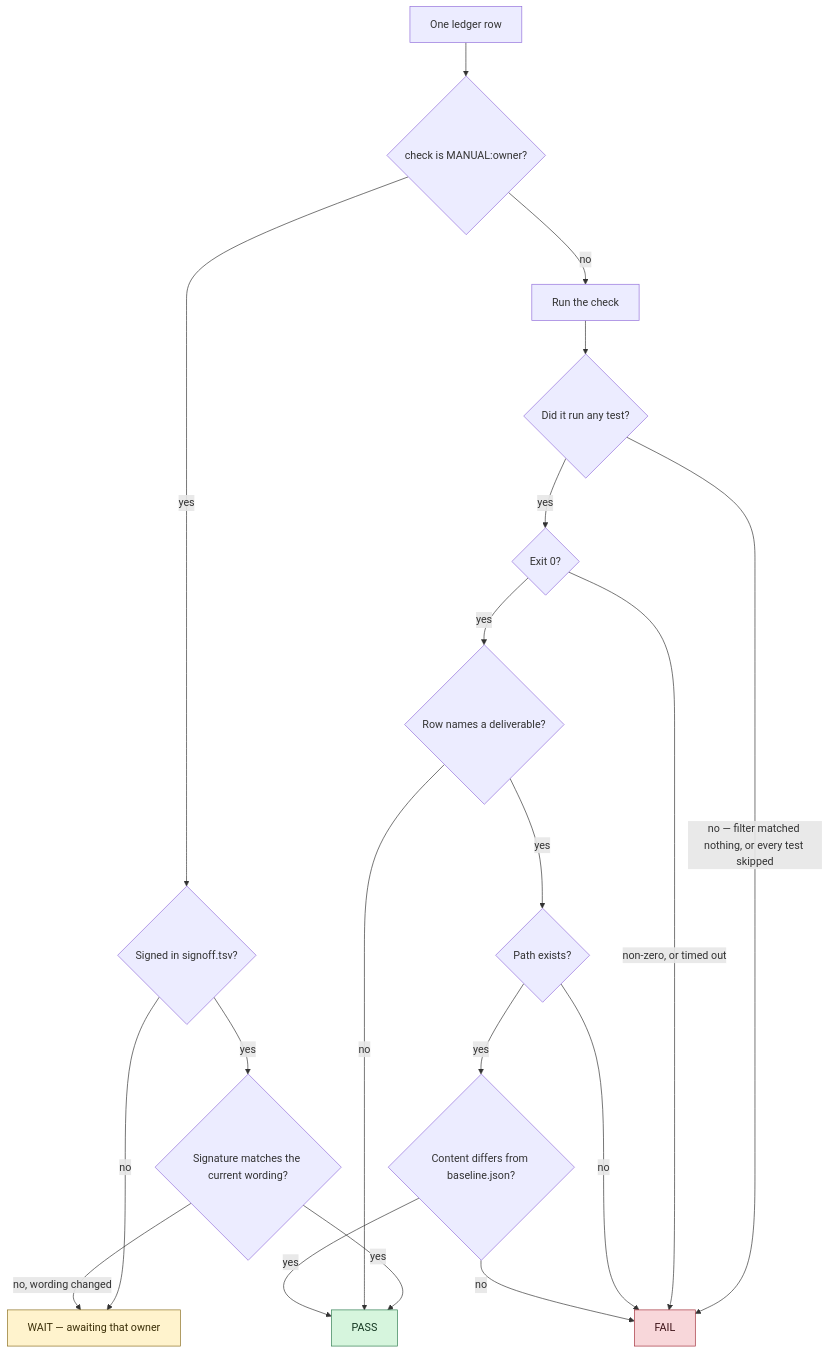
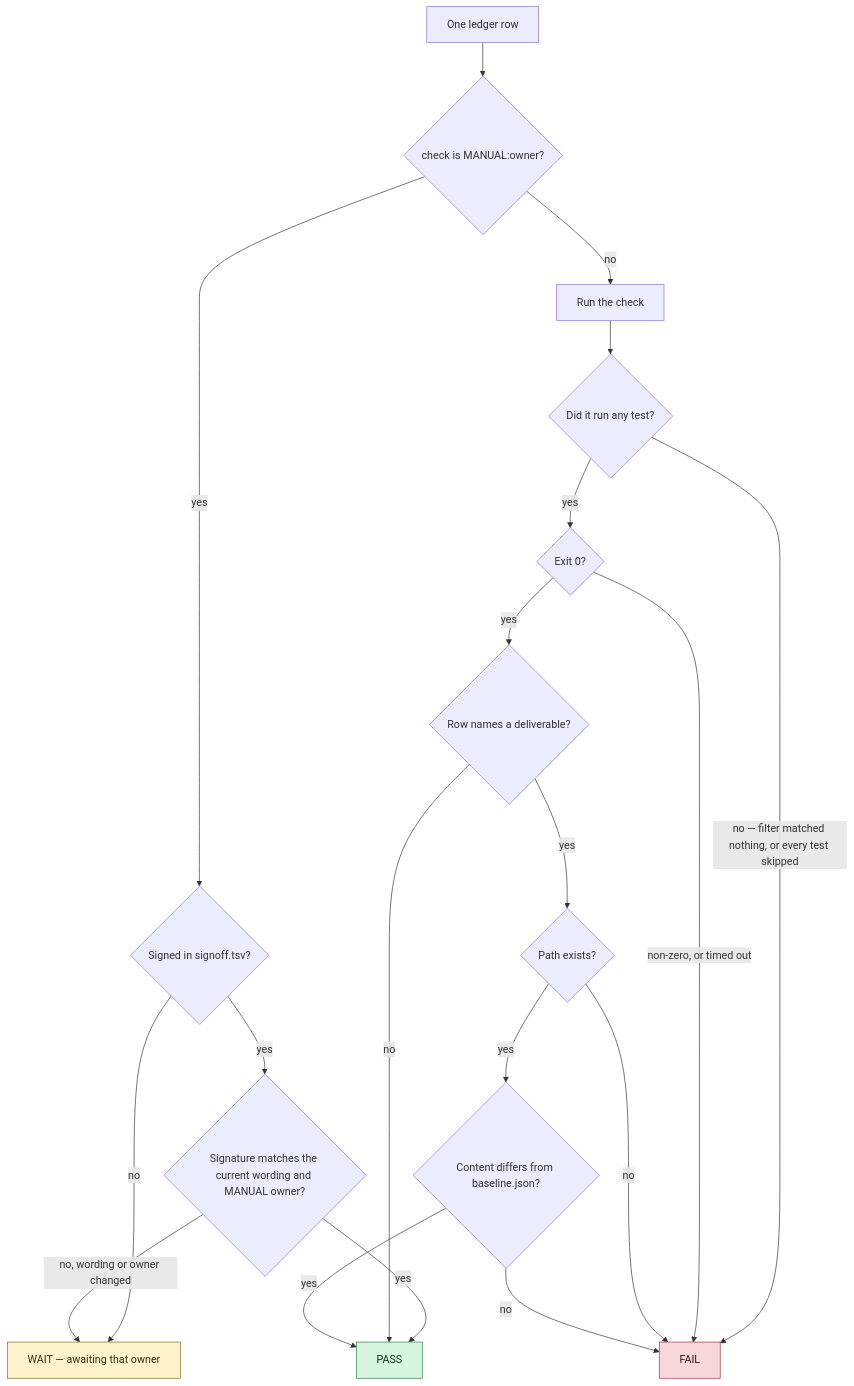
Before and after one commit to xtieume/testcase: the third of 4 diagrams in docs/how-it-works.md, drawn with Mermaid. The commit also changed other lines of this file and 24 other files, not shown here.

````diff
--- a/docs/how-it-works.md
+++ b/docs/how-it-works.md
@@ -102,43 +103,43 @@
 ```mermaid
 flowchart TD
     ROW["One ledger row"]
     KIND{"check is MANUAL:owner?"}
 
     SIG{"Signed in signoff.tsv?"}
-    HASH{"Signature matches the current wording?"}
+    HASH{"Signature matches the current wording and MANUAL owner?"}
     WAIT["WAIT — awaiting that owner"]
 
     RUN["Run the check"]
     RAN{"Did it run any test?"}
     CODE{"Exit 0?"}
     DELIV{"Row names a deliverable?"}
     EXISTS{"Path exists?"}
     SHIPPED{"Content differs from baseline.json?"}
 
     PASS["PASS"]
     FAIL["FAIL"]
 
     ROW --> KIND
     KIND -->|"yes"| SIG
     SIG -->|"no"| WAIT
     SIG -->|"yes"| HASH
-    HASH -->|"no, wording changed"| WAIT
+    HASH -->|"no, wording or owner changed"| WAIT
     HASH -->|"yes"| PASS
 
     KIND -->|"no"| RUN
     RUN --> RAN
     RAN -->|"no — filter matched nothing, or every test skipped"| FAIL
     RAN -->|"yes"| CODE
     CODE -->|"non-zero, or timed out"| FAIL
     CODE -->|"yes"| DELIV
     DELIV -->|"no"| PASS
     DELIV -->|"yes"| EXISTS
     EXISTS -->|"no"| FAIL
     EXISTS -->|"yes"| SHIPPED
     SHIPPED -->|"no"| FAIL
     SHIPPED -->|"yes"| PASS
 
     style PASS fill:#d6f5dd,stroke:#2f7d4f,color:#12351f
     style FAIL fill:#f8d7da,stroke:#a3303b,color:#3b1015
     style WAIT fill:#fff3cd,stroke:#8a6d1f,color:#3b2f08
 ```
````
